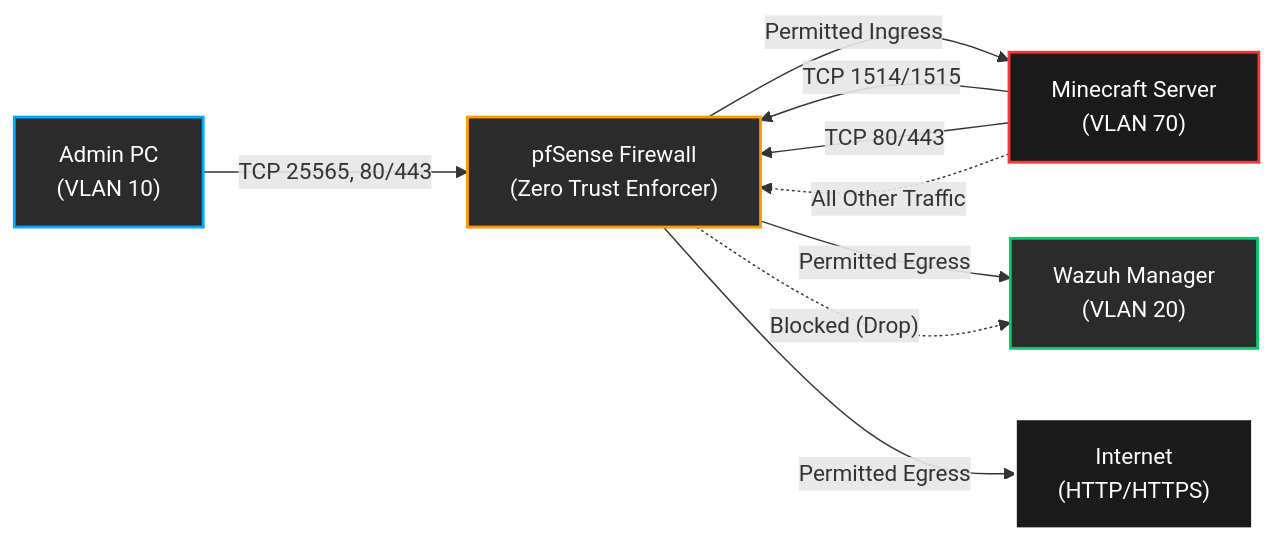
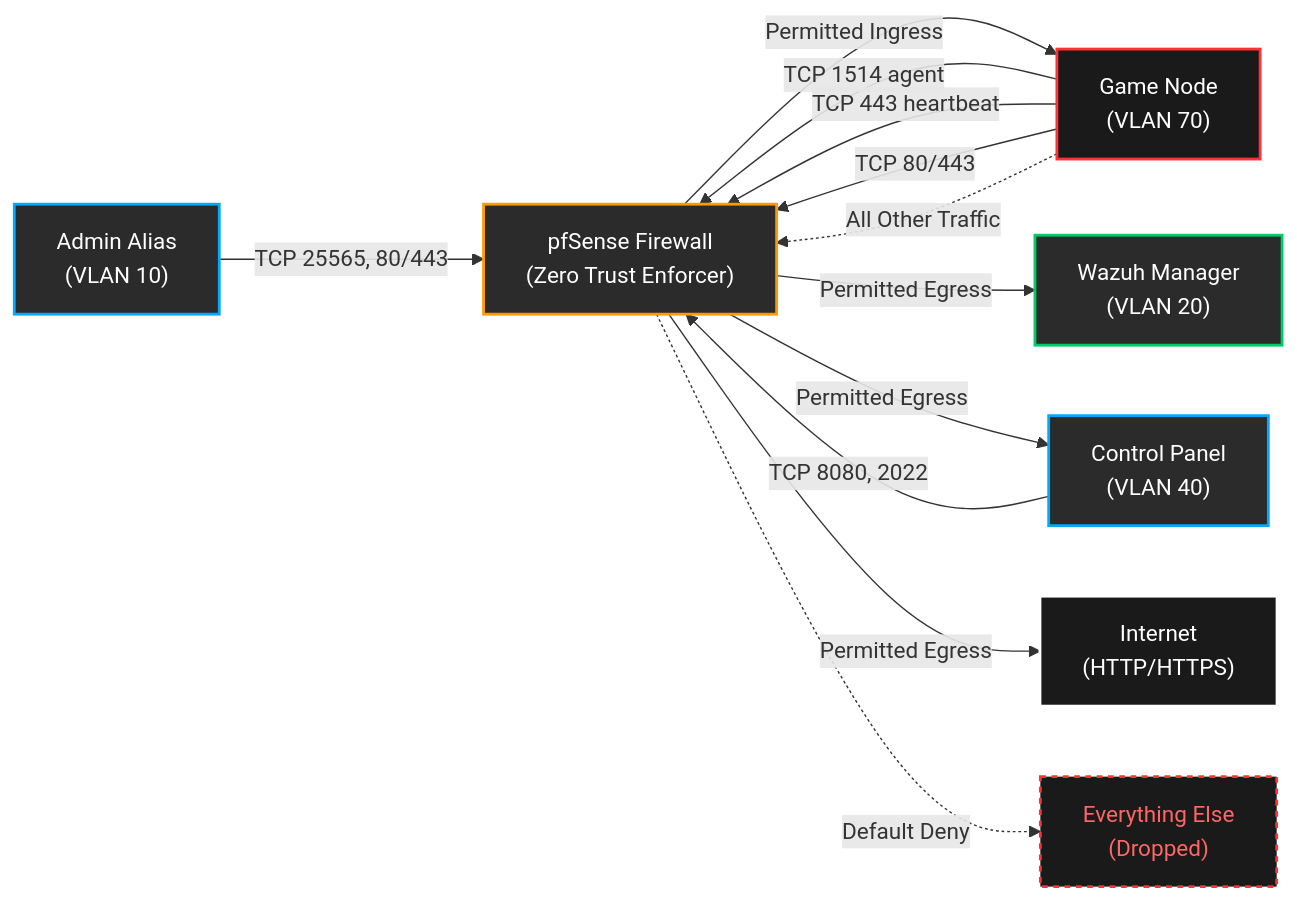
One commit to gurvinny/home-network-lab changed the diagram in security/firewall-rules/game-server-ztna.md. Above: the diagram before and after it, drawn with Mermaid. The commit also changed other lines of this file and 4 other files, not shown here.

````diff
--- a/security/firewall-rules/game-server-ztna.md
+++ b/security/firewall-rules/game-server-ztna.md
@@ -43,28 +60,36 @@
 ```mermaid
 graph LR
     %% Styling for dark hacker theme
     classDef isolated fill:#1a1a1a,stroke:#ff3333,stroke-width:2px,color:#ffffff
     classDef admin fill:#2b2b2b,stroke:#00a8ff,stroke-width:2px,color:#ffffff
     classDef siem fill:#2b2b2b,stroke:#00cc66,stroke-width:2px,color:#ffffff
     classDef firewall fill:#2b2b2b,stroke:#ff9900,stroke-width:2px,color:#ffffff
     classDef internet fill:#1a1a1a,stroke:#ffffff,stroke-width:2px,color:#ffffff
 
-    ADMIN["Admin PC\n(VLAN 10)"]:::admin
-    GAME["Minecraft Server\n(VLAN 70)"]:::isolated
-    WAZUH["Wazuh Manager\n(VLAN 20)"]:::siem
-    FW["pfSense Firewall\n(Zero Trust Enforcer)"]:::firewall
-    WAN["Internet\n(HTTP/HTTPS)"]:::internet
+    classDef blocked fill:#1a1a1a,stroke:#ff3333,stroke-width:2px,color:#ff6666,stroke-dasharray: 4 4
+
+    ADMIN["Admin Alias<br/>(VLAN 10)"]:::admin
+    PANEL["Control Panel<br/>(VLAN 40)"]:::admin
+    GAME["Game Node<br/>(VLAN 70)"]:::isolated
+    WAZUH["Wazuh Manager<br/>(VLAN 20)"]:::siem
+    FW["pfSense Firewall<br/>(Zero Trust Enforcer)"]:::firewall
+    WAN["Internet<br/>(HTTP/HTTPS)"]:::internet
+    DROP["Everything Else<br/>(Dropped)"]:::blocked
 
     ADMIN -->|"TCP 25565, 80/443"| FW
+    PANEL -->|"TCP 8080, 2022"| FW
     FW -->|"Permitted Ingress"| GAME
 
-    GAME -->|"TCP 1514/1515"| FW
+    GAME -->|"TCP 1514 agent"| FW
     FW -->|"Permitted Egress"| WAZUH
+
+    GAME -->|"TCP 443 heartbeat"| FW
+    FW -->|"Permitted Egress"| PANEL
 
     GAME -->|"TCP 80/443"| FW
     FW -->|"Permitted Egress"| WAN
 
     %% Visual indicator of block
     GAME -.->|"All Other Traffic"| FW
-    FW -.->|"Blocked (Drop)"| WAZUH
+    FW -.->|"Default Deny"| DROP
 ```
````
